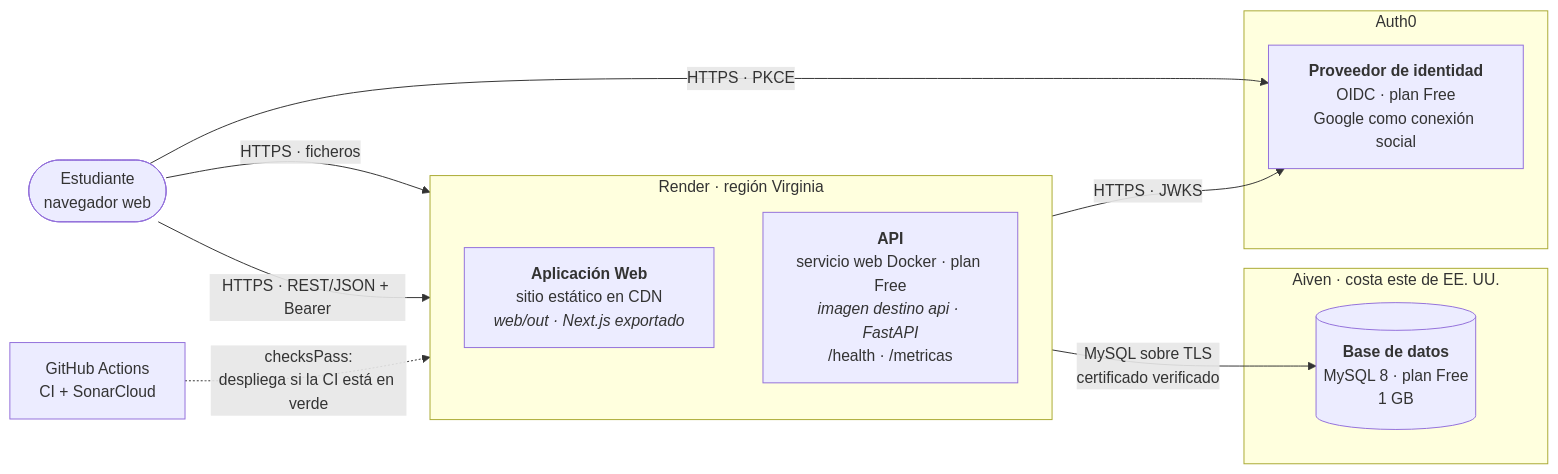
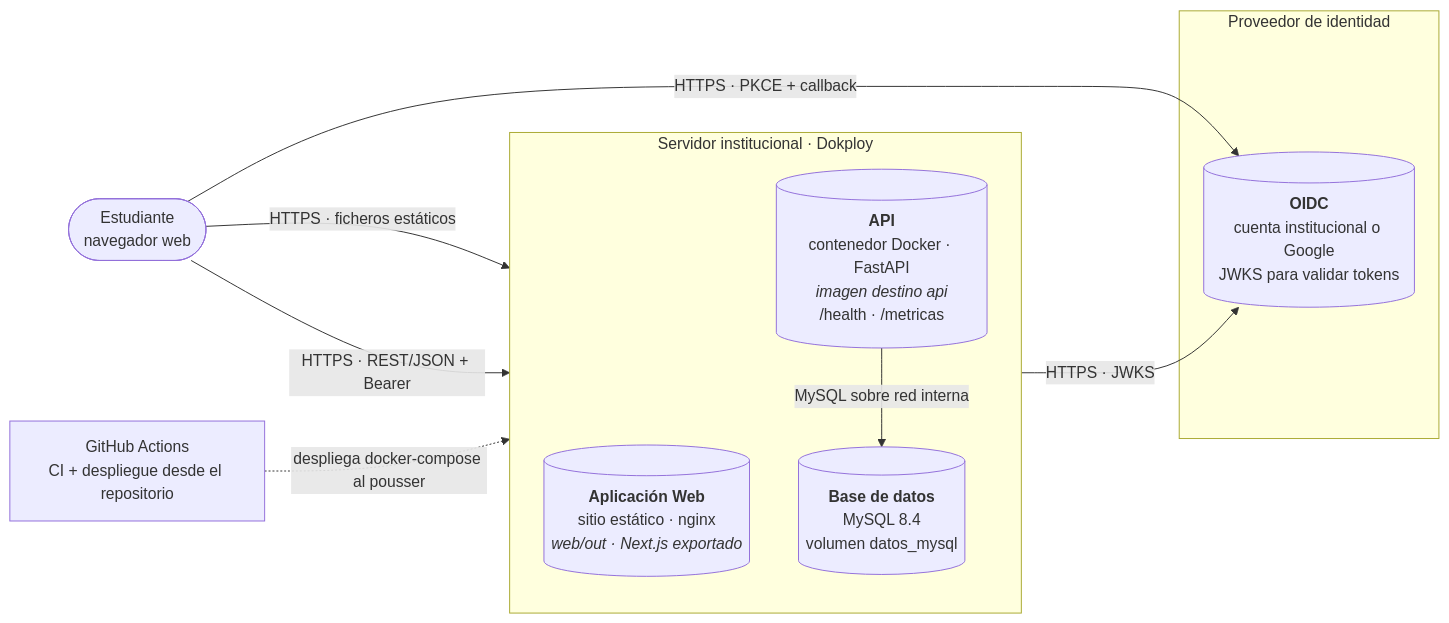
One commit to ISCOUTB/AS_202620_uniTeam changed the tenth of 11 diagrams in docs/arc42/arc42-uniteam.md. Above: the diagram before and after it, drawn with Mermaid. The commit also changed other lines of this file and 34 other files, not shown here.

````diff
--- a/docs/arc42/arc42-uniteam.md
+++ b/docs/arc42/arc42-uniteam.md
@@ -479,27 +521,24 @@
 ```mermaid
 flowchart LR
     usuario(["Estudiante<br/>navegador web"])
 
-    subgraph render ["Render · región Virginia"]
+    subgraph dokploy ["Servidor institucional · Dokploy"]
         direction TB
-        cdn["<b>Aplicación Web</b><br/>sitio estático en CDN<br/><i>web/out · Next.js exportado</i>"]
-        api["<b>API</b><br/>servicio web Docker · plan Free<br/><i>imagen destino api · FastAPI</i><br/>/health · /metricas"]
+        web[("<b>Aplicación Web</b><br/>sitio estático · nginx<br/><i>web/out · Next.js exportado</i>")]
+        api[("<b>API</b><br/>contenedor Docker · FastAPI<br/><i>imagen destino api</i><br/>/health · /metricas")]
+        db[("<b>Base de datos</b><br/>MySQL 8.4<br/>volumen datos_mysql")]
     end
 
-    subgraph aiven ["Aiven · costa este de EE. UU."]
-        bd[("<b>Base de datos</b><br/>MySQL 8 · plan Free<br/>1 GB")]
+    subgraph idp ["Proveedor de identidad"]
+        oidc[("<b>OIDC</b><br/>cuenta institucional o Google<br/>JWKS para validar tokens")]
     end
 
-    subgraph auth0 ["Auth0"]
-        idp["<b>Proveedor de identidad</b><br/>OIDC · plan Free<br/>Google como conexión social"]
-    end
+    gh["GitHub Actions<br/>CI + despliegue desde el repositorio"]
 
-    gh["GitHub Actions<br/>CI + SonarCloud"]
-
-    usuario -- "HTTPS · ficheros" --> cdn
+    usuario -- "HTTPS · ficheros estáticos" --> web
     usuario -- "HTTPS · REST/JSON + Bearer" --> api
-    usuario -- "HTTPS · PKCE" --> idp
-    api -- "MySQL sobre TLS<br/>certificado verificado" --> bd
-    api -- "HTTPS · JWKS" --> idp
-    gh -. "checksPass:<br/>despliega si la CI está en verde" .-> render
+    usuario -- "HTTPS · PKCE + callback" --> oidc
+    api -- "MySQL sobre red interna" --> db
+    api -- "HTTPS · JWKS" --> oidc
+    gh -. "despliega docker-compose al pousser" .-> dokploy
 ```
````
